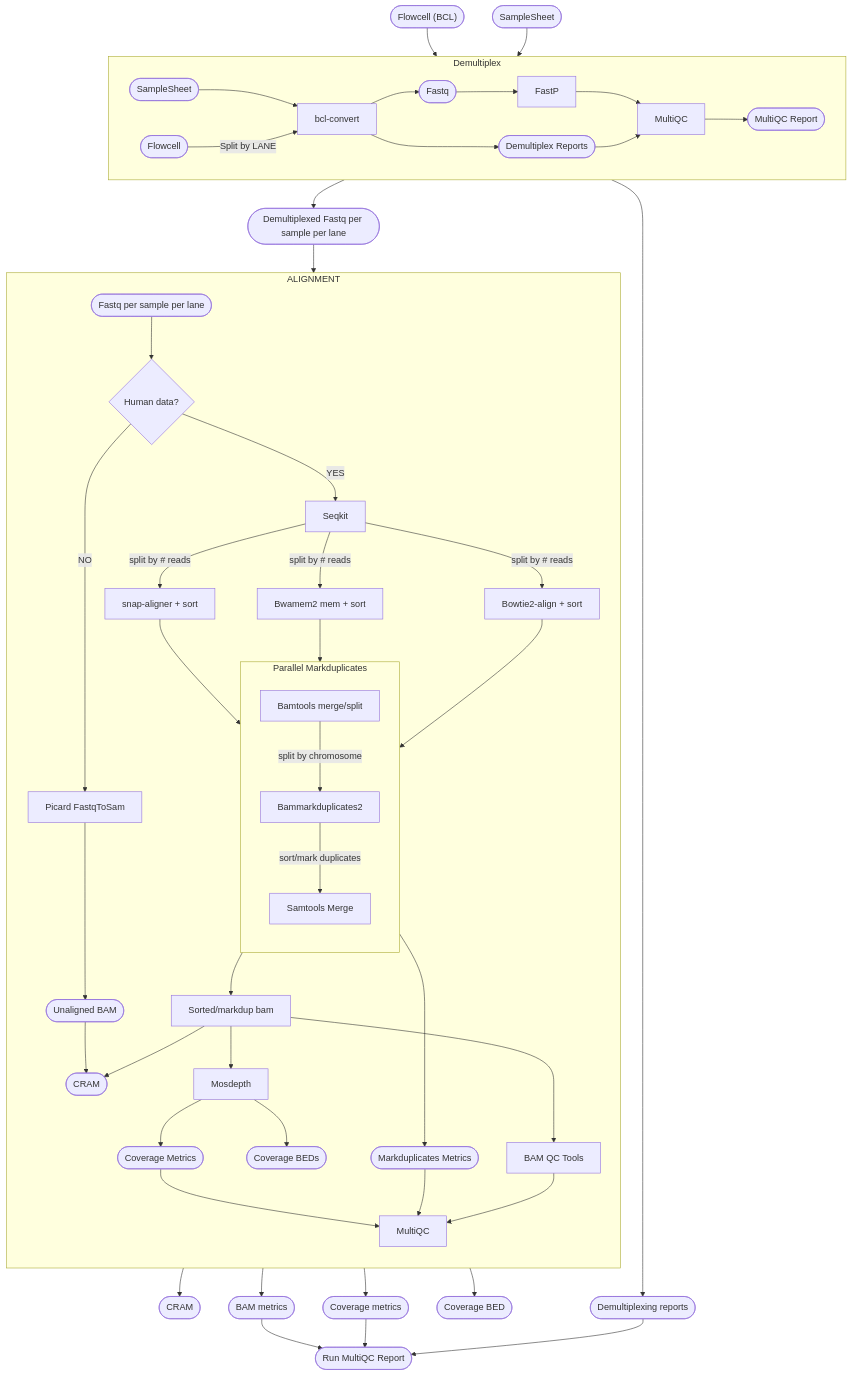
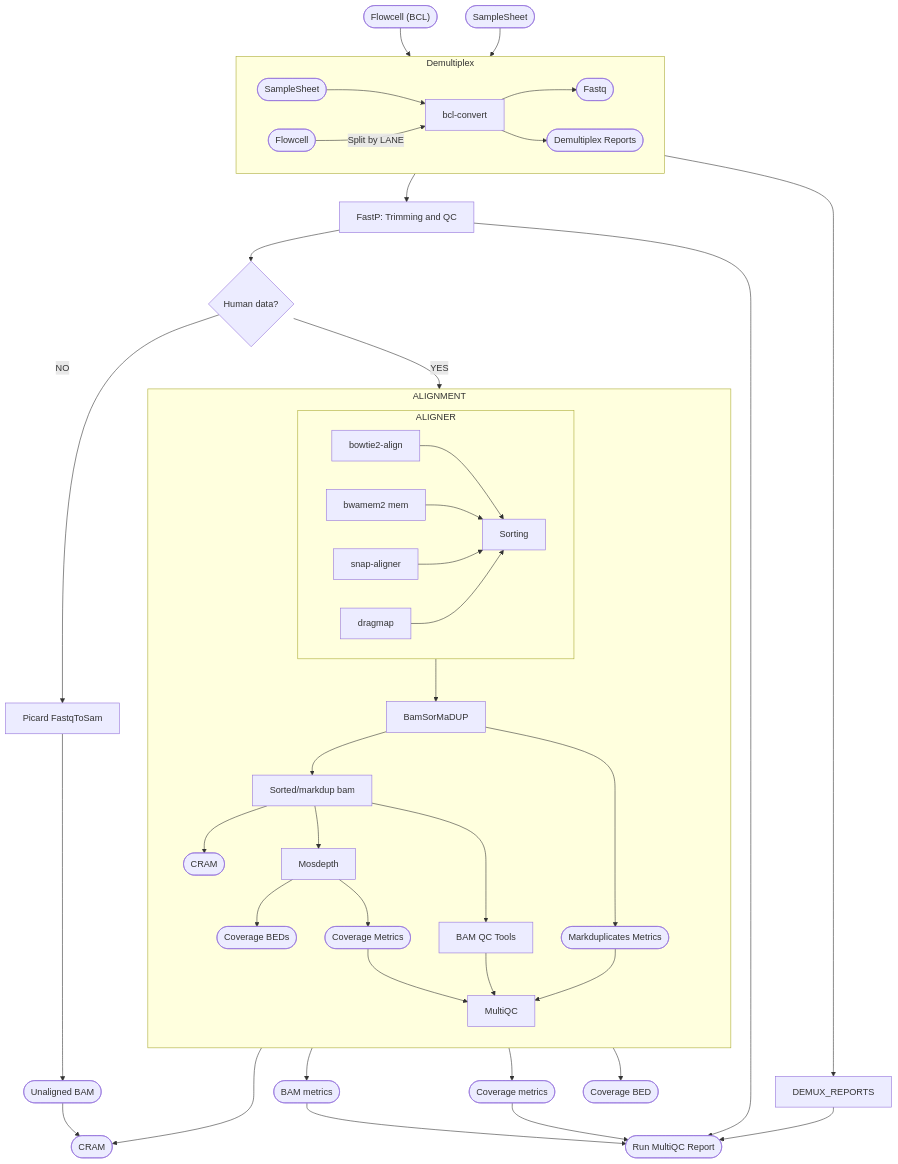
The diagram in README.md (nf-cmgg/preprocessing), drawn with Mermaid before and after one commit. The commit also changed other lines of this file, not shown here.

Commit message:
update flowchart

````diff
--- a/README.md
+++ b/README.md
@@ -49,57 +50,48 @@
 ```mermaid
 
 flowchart TB
 
 FC(["Flowcell (BCL)"])                          --> DEMULTIPLEX
 SS([SampleSheet])                               --> DEMULTIPLEX
 
 subgraph DEMULTIPLEX[Demultiplex]
     direction LR
     SAMPLESHEET([SampleSheet])                  --> BCLCONVERT[bcl-convert]
     FLOWCELL([Flowcell])                        --Split by LANE--> BCLCONVERT[bcl-convert]
     BCLCONVERT                                  --> DEMUX_FASTQ([Fastq])
     BCLCONVERT                                  --> DEMULTIPLEX_STATS([Demultiplex Reports])
-    DEMUX_FASTQ                                 --> FASTP[FastP]
-    FASTP                                       --> DEMUX_MULTIQC[MultiQC]
-    DEMULTIPLEX_STATS                           --> DEMUX_MULTIQC[MultiQC]
-    DEMUX_MULTIQC                               --> DEMUX_MULTIQC_REPORT([MultiQC Report])
 end
 
-DEMULTIPLEX                                     --> RAW_FASTQ([Demultiplexed Fastq per sample per lane])
-DEMULTIPLEX                                     --> DEMUX_REPORTS([Demultiplexing reports])
-RAW_FASTQ                                       --> ALIGNMENT
+DEMULTIPLEX                                     --> FASTP[FastP: Trimming and QC]
+DEMULTIPLEX                                     --> DEMUX_REPORTS
+FASTP                                           --> IS_HUMAN{Human data?}
+IS_HUMAN                                        --YES--> ALIGNMENT
+IS_HUMAN                                        --NO--> FASTQTOSAM
+FASTQTOSAM[Picard FastqToSam]                   --> UNALIGNED_BAM([Unaligned BAM]) --> A_CRAM
 
 subgraph ALIGNMENT
     direction TB
-    FASTQ([Fastq per sample per lane])          --> IS_HUMAN{Human data?}
-    IS_HUMAN                                    --YES--> NX_SPLITFASTQ[Seqkit]
-    IS_HUMAN                                    --NO--> FASTQTOSAM[Picard FastqToSam]
-    FASTQTOSAM                                  --> UNALIGNED_BAM([Unaligned BAM])
-    NX_SPLITFASTQ                               --split by # reads--> BOWTIE2[Bowtie2-align + sort] & BWAMEM2[Bwamem2 mem + sort] & SNAP[snap-aligner + sort]
-    BOWTIE2 & BWAMEM2 & SNAP                    --> MARKDUP_PARALLEL
 
-    subgraph MARKDUP_PARALLEL[Parallel Markduplicates]
-        direction TB
-        MERGESPLIT[Bamtools merge/split]        --split by chromosome-->    BAMMARKDUP2[Bammarkduplicates2]
-        BAMMARKDUP2                             --sort/mark duplicates -->  SAMTOOLS_MERGE[Samtools Merge]
+    subgraph ALIGNER
+        direction LR
+        BOWTIE2[bowtie2-align] & BWAMEM2[bwamem2 mem] & SNAP[snap-aligner] & DRAGMAP[dragmap] --> SORT[Sorting]
     end
 
-    MARKDUP_PARALLEL                            --> SORTBAM[Sorted/markdup bam] & MARKDUP_METRICS([Markduplicates Metrics])
+    ALIGNER --> BamSorMaDUP
+    BamSorMaDUP                                 --> SORTBAM[Sorted/markdup bam] & MARKDUP_METRICS([Markduplicates Metrics])
     SORTBAM                                     -->  ALN_CRAM([CRAM]) & MOSDEPTH[Mosdepth] & BAMQC[BAM QC Tools]
-
     MOSDEPTH                                    -->  COVERAGE_BED([Coverage BEDs]) & COVERAGE_METRICS([Coverage Metrics])
-    UNALIGNED_BAM                               --> ALN_CRAM([CRAM])
-
     BAMQC & MARKDUP_METRICS & COVERAGE_METRICS  -->  ALN_MULTIQC[MultiQC]
 end
 
 ALIGNMENT                                       --> A_CRAM([CRAM])
 ALIGNMENT                                       --> A_BAM_METRICS([BAM metrics])
 ALIGNMENT                                       --> A_COVERAGE_METRICS([Coverage metrics])
 ALIGNMENT                                       --> A_COVERAGE_BED([Coverage BED])
 
 A_BAM_METRICS                                   --> MQC([Run MultiQC Report])
 A_COVERAGE_METRICS                              --> MQC
+FASTP                                           --> MQC
 DEMUX_REPORTS                                   --> MQC
 
 ```
````
